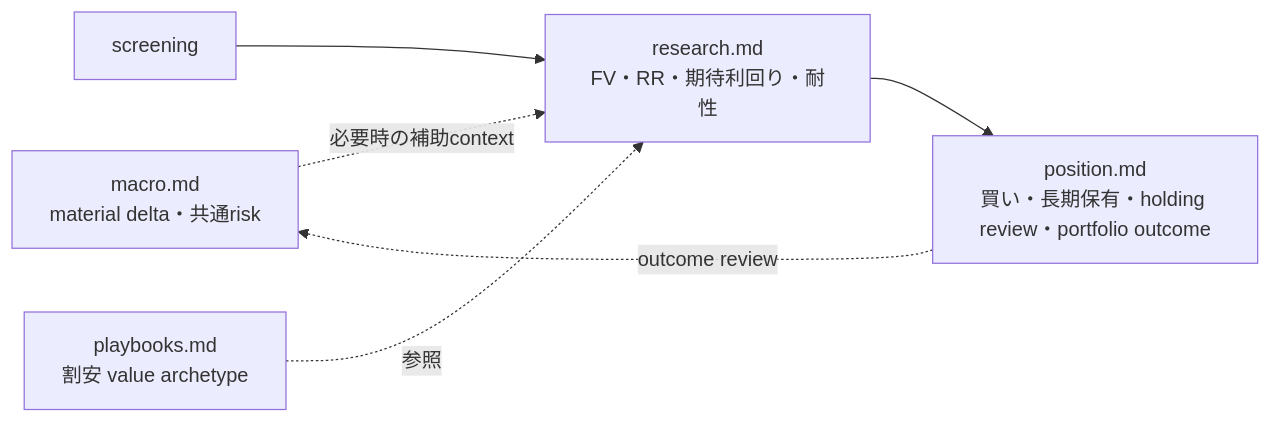
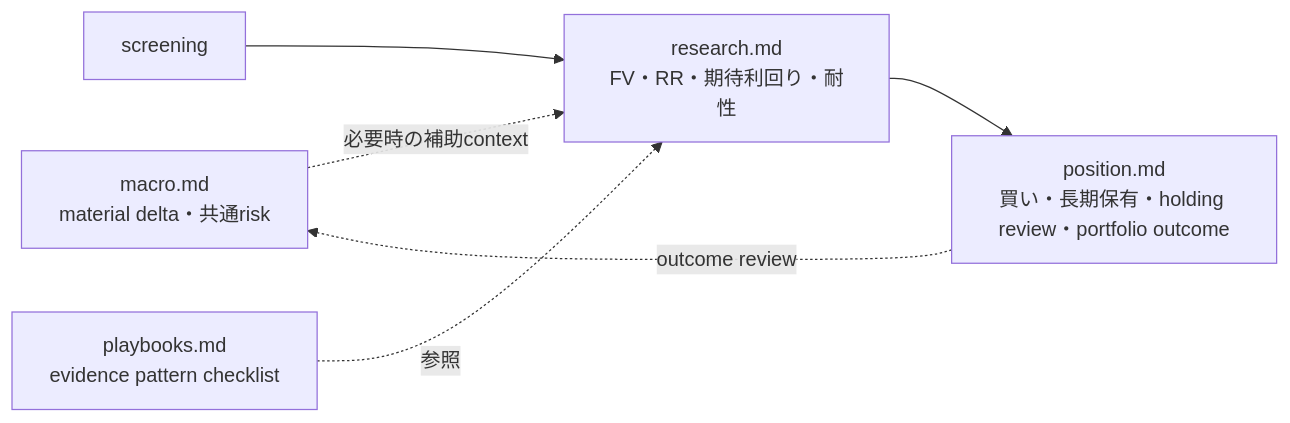
One commit to koumatsumoto/baibai-loop changed the diagram in docs/workflow/README.md. Above: the diagram before and after it, drawn with Mermaid. The commit also changed other lines of this file and 25 other files, not shown here.

First line of the commit message:
refactor(architecture): records契約とthesis境界を簡素化する

````diff
--- a/docs/workflow/README.md
+++ b/docs/workflow/README.md
@@ -13,8 +13,8 @@
 ```mermaid
 flowchart LR
   macro["macro.md<br/>material delta・共通risk"] -.必要時の補助context.-> research["research.md<br/>FV・RR・期待利回り・耐性"]
   screening --> research["research.md<br/>FV・RR・期待利回り・耐性"]
   research --> position["position.md<br/>買い・長期保有・holding review・portfolio outcome"]
   position -.outcome review.-> macro
-  playbooks["playbooks.md<br/>割安 value archetype"] -.参照.-> research
+  playbooks["playbooks.md<br/>evidence pattern checklist"] -.参照.-> research
 ```
````
